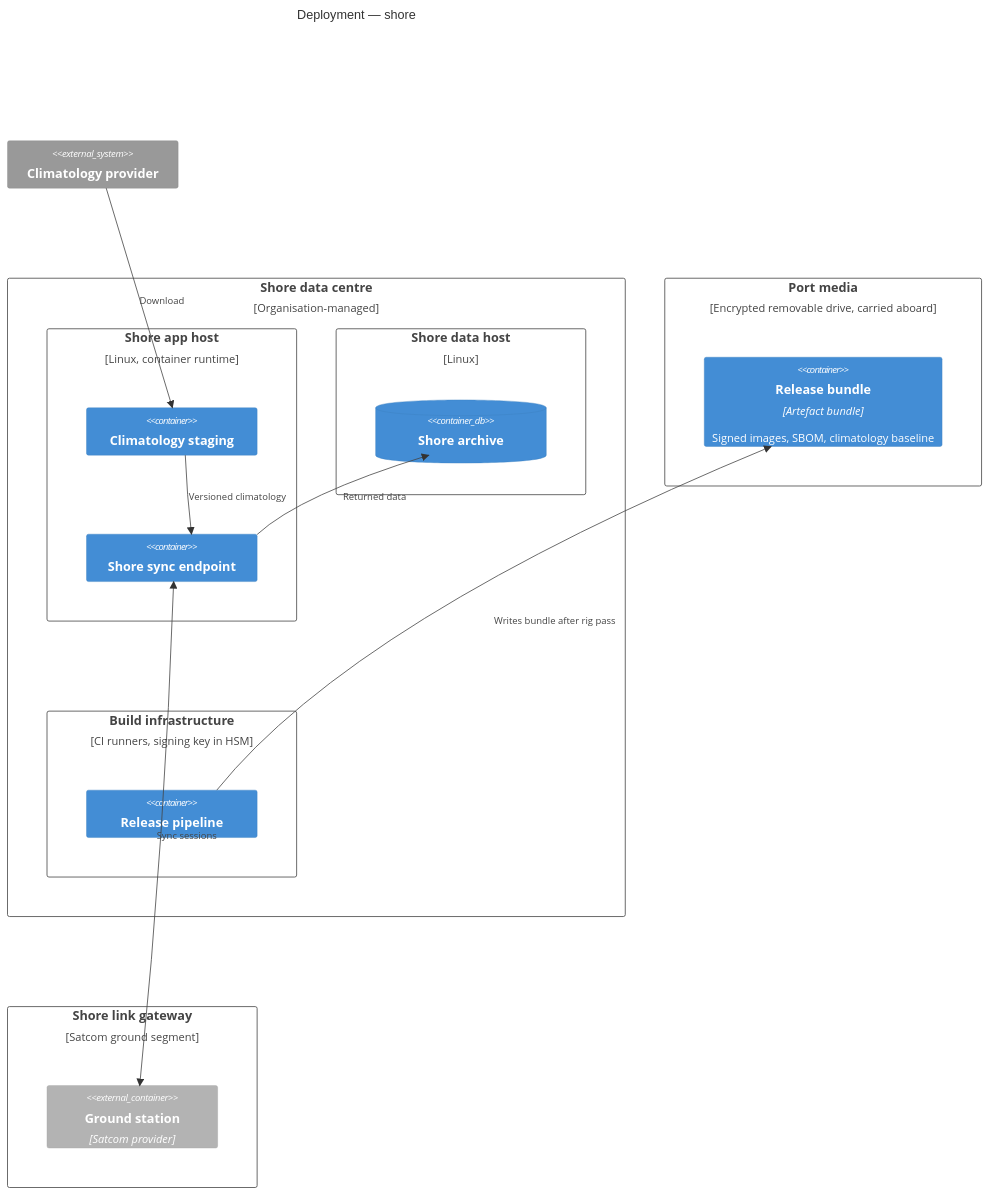
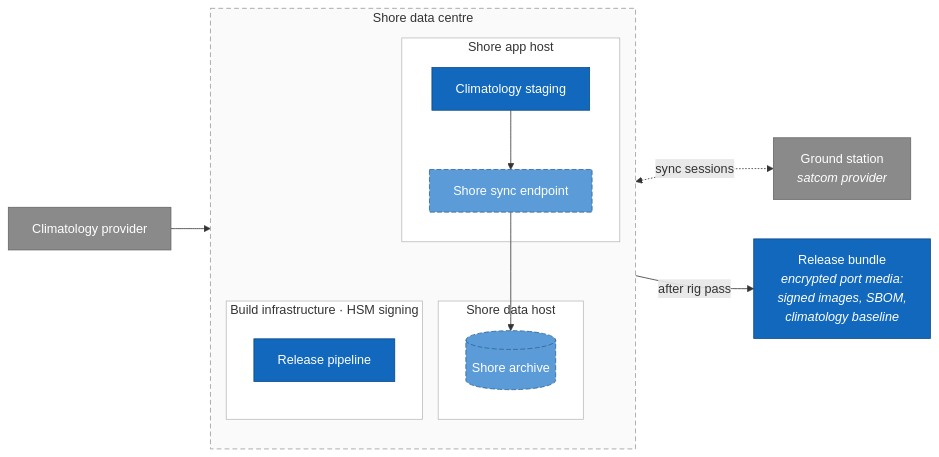
One commit to DeepBlueCLtd/argonautical changed the ninth of 10 diagrams in docs/c4-model.md. Above: the diagram before and after it, drawn with Mermaid. The commit also changed other lines of this file, not shown here.

First line of the commit message:
Redraw C4 diagrams as styled Mermaid flowcharts and sequence diagrams

````diff
--- a/docs/c4-model.md
+++ b/docs/c4-model.md
@@ -388,35 +394,31 @@
 ```mermaid
-C4Deployment
-  title Deployment — shore
-
-  Deployment_Node(sdc, "Shore data centre", "Organisation-managed") {
-    Deployment_Node(sapp, "Shore app host", "Linux, container runtime") {
-      Container(cstage, "Climatology staging")
-      Container(ssync, "Shore sync endpoint")
-    }
-    Deployment_Node(sdata, "Shore data host", "Linux") {
-      ContainerDb(arch, "Shore archive")
-    }
-    Deployment_Node(ci, "Build infrastructure", "CI runners, signing key in HSM") {
-      Container(rel, "Release pipeline")
-    }
-  }
-
-  Deployment_Node(media, "Port media", "Encrypted removable drive, carried aboard") {
-    Container(img, "Release bundle", "Artefact bundle", "Signed images, SBOM, climatology baseline")
-  }
-
-  Deployment_Node(sgw, "Shore link gateway", "Satcom ground segment") {
-    Container_Ext(gs, "Ground station", "Satcom provider")
-  }
-
-  System_Ext(clim, "Climatology provider")
-
-  Rel(clim, cstage, "Download")
-  Rel(cstage, ssync, "Versioned climatology")
-  BiRel(ssync, gs, "Sync sessions")
-  Rel(ssync, arch, "Returned data")
-  Rel(rel, img, "Writes bundle after rig pass")
-
-  UpdateLayoutConfig($c4ShapeInRow="2", $c4BoundaryInRow="2")
+flowchart LR
+  clim["Climatology provider"]:::ext
+  subgraph SDC["Shore data centre"]
+    direction TB
+    subgraph SAPP["Shore app host"]
+      cstage["Climatology staging"]:::ours
+      ssync["Shore sync endpoint"]:::adopted
+    end
+    subgraph SDATA["Shore data host"]
+      arch[("Shore archive")]:::adopted
+    end
+    subgraph CI["Build infrastructure · HSM signing"]
+      rel["Release pipeline"]:::ours
+    end
+  end
+  gs["Ground station<br/><i>satcom provider</i>"]:::ext
+  media["Release bundle<br/><i>encrypted port media:<br/>signed images, SBOM,<br/>climatology baseline</i>"]:::ours
+  clim --> cstage --> ssync
+  ssync <-.->|"sync sessions"| gs
+  ssync --> arch
+  rel -->|"after rig pass"| media
+  class SDC zone
+  class SAPP,SDATA,CI host
+  classDef person fill:#08427b,stroke:#052e56,color:#fff
+  classDef ours fill:#1168bd,stroke:#0b4884,color:#fff
+  classDef adopted fill:#5a9bd8,stroke:#2e6295,color:#fff,stroke-dasharray:6 3
+  classDef ext fill:#8a8a8a,stroke:#666,color:#fff
+  classDef zone fill:#fafafa,stroke:#999,stroke-dasharray:6 4,color:#333
+  classDef host fill:#fff,stroke:#bbb,color:#333
 ```
````
